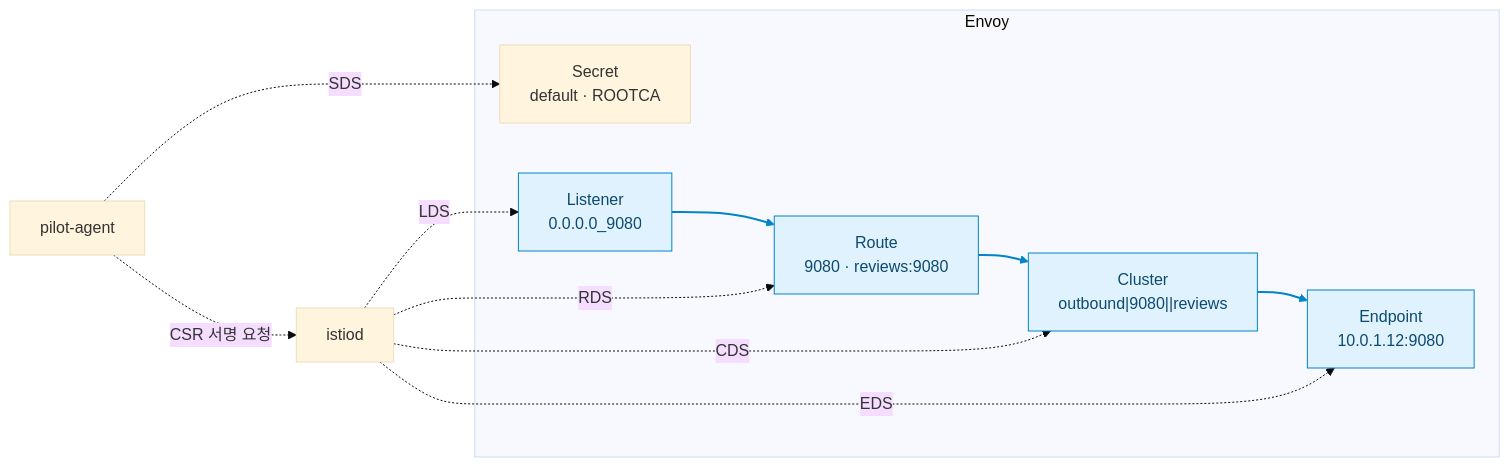
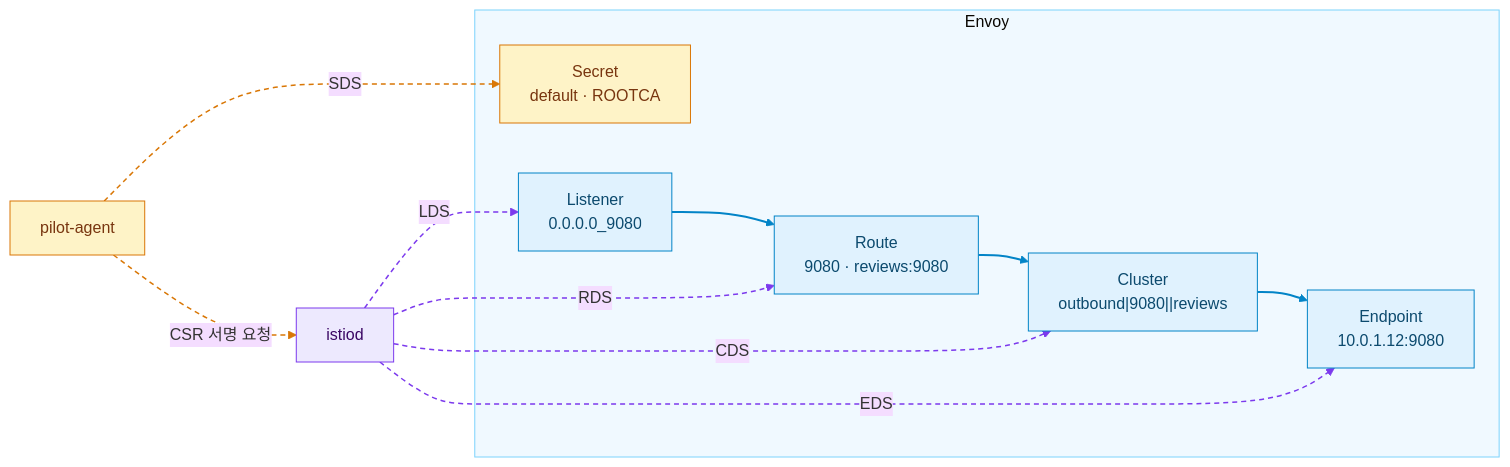
One commit to ChanghwanK/ChanghwanK.github.io changed the third of 6 diagrams in content/posts/2026-09-26-istio-envoy-xds/index.md. Above: the diagram before and after it, drawn with Mermaid (base theme). The commit also changed other lines of this file, not shown here.

First line of the commit message:
content(blog): restore colored flowcharts, keep sequence diagrams plain

````diff
--- a/content/posts/2026-09-26-istio-envoy-xds/index.md
+++ b/content/posts/2026-09-26-istio-envoy-xds/index.md
@@ -107,17 +126,25 @@
 ```mermaid
 flowchart LR
   subgraph ENVOY["Envoy"]
     L["Listener<br/>0.0.0.0_9080"] --> R["Route<br/>9080 · reviews:9080"] --> C["Cluster<br/>outbound|9080||reviews"] --> E["Endpoint<br/>10.0.1.12:9080"]
     S["Secret<br/>default · ROOTCA"]
   end
-  I["istiod"] -.->|LDS| L
-  I -.->|RDS| R
-  I -.->|CDS| C
-  I -.->|EDS| E
-  PA["pilot-agent"] -.->|SDS| S
-  PA -.->|"CSR 서명 요청"| I
+  I["istiod"] -->|LDS| L
+  I -->|RDS| R
+  I -->|CDS| C
+  I -->|EDS| E
+  PA["pilot-agent"] -->|SDS| S
+  PA -->|"CSR 서명 요청"| I
 
-  classDef accent fill:#e0f2fe,stroke:#0284c7,color:#0c4a6e
-  class L,R,C,E accent
+  classDef control fill:#ede9fe,stroke:#7c3aed,color:#3b0764
+  classDef cert fill:#fef3c7,stroke:#d97706,color:#78350f
+  classDef resource fill:#e0f2fe,stroke:#0284c7,color:#0c4a6e
+  class I control
+  class PA,S cert
+  class L,R,C,E resource
+  style ENVOY fill:#f0f9ff,stroke:#7dd3fc
+
   linkStyle 0,1,2 stroke:#0284c7,stroke-width:2px
+  linkStyle 3,4,5,6 stroke:#7c3aed,stroke-width:1.5px,stroke-dasharray:5 4
+  linkStyle 7,8 stroke:#d97706,stroke-width:1.5px,stroke-dasharray:5 4
 ```
````
